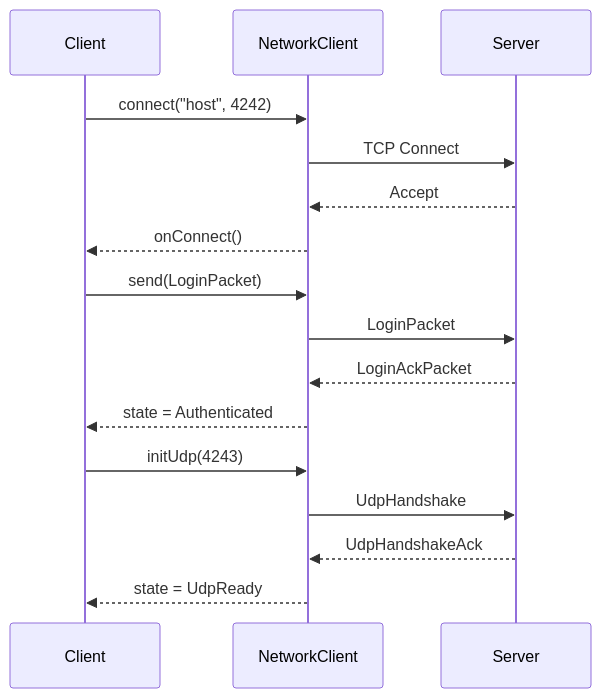
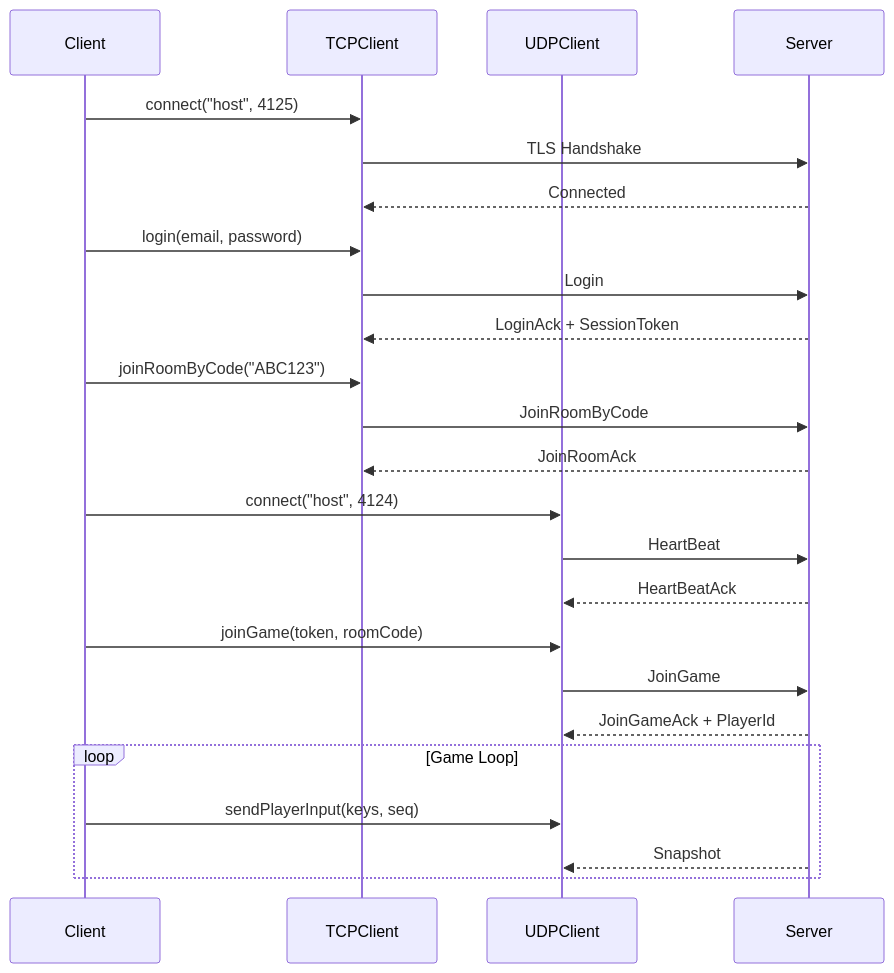
One commit to ChrisG-L/rtype changed the diagram in docs/api/client/network-client.md. Above: the diagram before and after it, drawn with Mermaid. The commit also changed other lines of this file and 29 other files, not shown here.

````diff
--- a/docs/api/client/network-client.md
+++ b/docs/api/client/network-client.md
@@ -227,21 +244,32 @@
 ```mermaid
 sequenceDiagram
     participant Client
-    participant NC as NetworkClient
+    participant TCP as TCPClient
+    participant UDP as UDPClient
     participant Server
 
-    Client->>NC: connect("host", 4242)
-    NC->>Server: TCP Connect
-    Server-->>NC: Accept
-    NC-->>Client: onConnect()
+    Client->>TCP: connect("host", 4125)
+    TCP->>Server: TLS Handshake
+    Server-->>TCP: Connected
 
-    Client->>NC: send(LoginPacket)
-    NC->>Server: LoginPacket
-    Server-->>NC: LoginAckPacket
-    NC-->>Client: state = Authenticated
+    Client->>TCP: login(email, password)
+    TCP->>Server: Login
+    Server-->>TCP: LoginAck + SessionToken
 
-    Client->>NC: initUdp(4243)
-    NC->>Server: UdpHandshake
-    Server-->>NC: UdpHandshakeAck
-    NC-->>Client: state = UdpReady
+    Client->>TCP: joinRoomByCode("ABC123")
+    TCP->>Server: JoinRoomByCode
+    Server-->>TCP: JoinRoomAck
+
+    Client->>UDP: connect("host", 4124)
+    UDP->>Server: HeartBeat
+    Server-->>UDP: HeartBeatAck
+
+    Client->>UDP: joinGame(token, roomCode)
+    UDP->>Server: JoinGame
+    Server-->>UDP: JoinGameAck + PlayerId
+
+    loop Game Loop
+        Client->>UDP: sendPlayerInput(keys, seq)
+        Server-->>UDP: Snapshot
+    end
 ```
````
